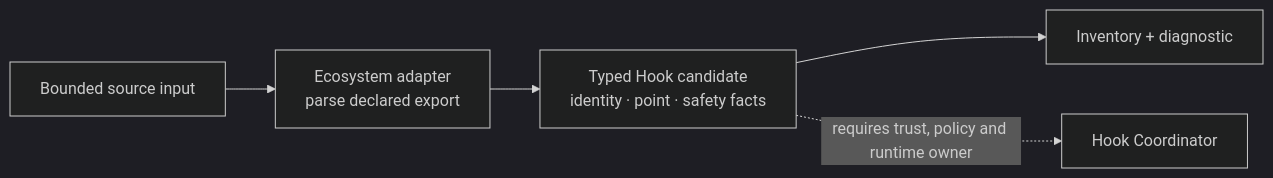
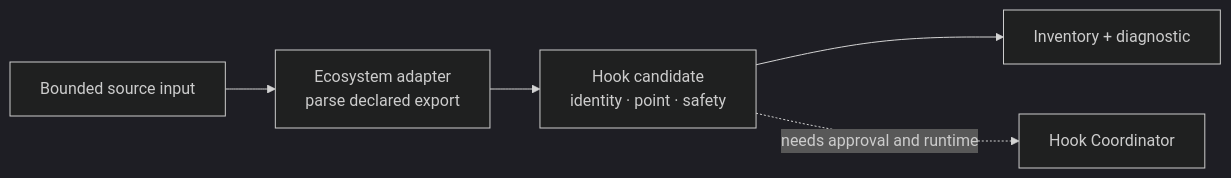
Before and after one commit to 1688mengdie/BitFun: the first of 5 diagrams in docs/architecture/extensions/capability-runtime-integration-design.md, drawn with Mermaid (dark theme). The commit also changed other lines of this file and 61 other files, not shown here.

````diff
--- a/docs/architecture/extensions/capability-runtime-integration-design.md
+++ b/docs/architecture/extensions/capability-runtime-integration-design.md
@@ -50,7 +50,7 @@
 ```mermaid
 flowchart LR
   Source["Bounded source input"] --> Parse["Ecosystem adapter\nparse declared export"]
-  Parse --> Candidate["Typed Hook candidate\nidentity · point · safety facts"]
+  Parse --> Candidate["Hook candidate\nidentity · point · safety"]
   Candidate --> Inventory["Inventory + diagnostic"]
-  Candidate -. "requires trust, policy and runtime owner" .-> Runtime["Hook Coordinator"]
+  Candidate -. "needs approval and runtime" .-> Runtime["Hook Coordinator"]
 ```
````
